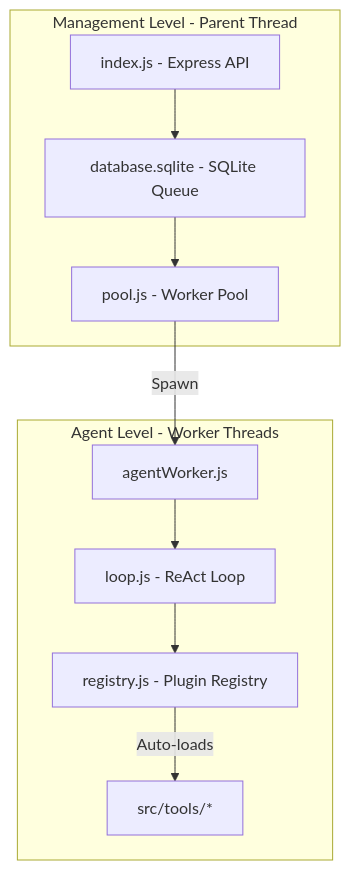
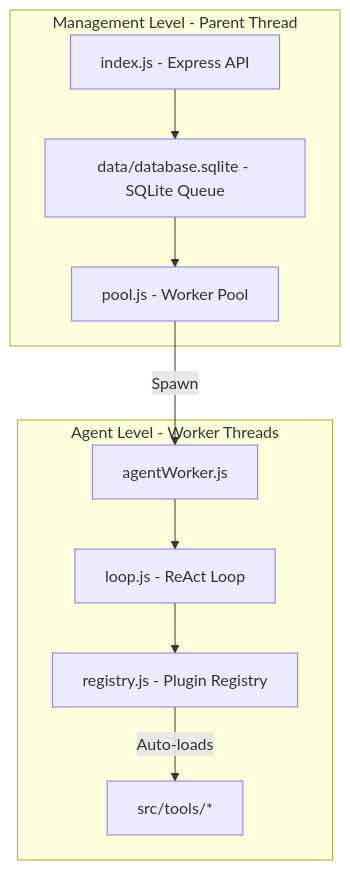
The diagram in agent.md (minhle-120/compass), drawn with Mermaid before and after one commit. The commit also changed 2 other files, not shown here.

Commit message:
Update database path in configuration files for consistency

````diff
--- a/agent.md
+++ b/agent.md
@@ -11,14 +11,14 @@
 ```mermaid
 graph TD
     subgraph Management Level [Management Level - Parent Thread]
-        A[index.js - Express API] --> B[database.sqlite - SQLite Queue]
+        A[index.js - Express API] --> B[data/database.sqlite - SQLite Queue]
         B --> C[pool.js - Worker Pool]
       end
 
     subgraph Agent Level [Agent Level - Worker Threads]
         C -->|Spawn| D[agentWorker.js]
         D --> E[loop.js - ReAct Loop]
         E --> F[registry.js - Plugin Registry]
         F -->|Auto-loads| G[src/tools/*]
     end
 ```
````
